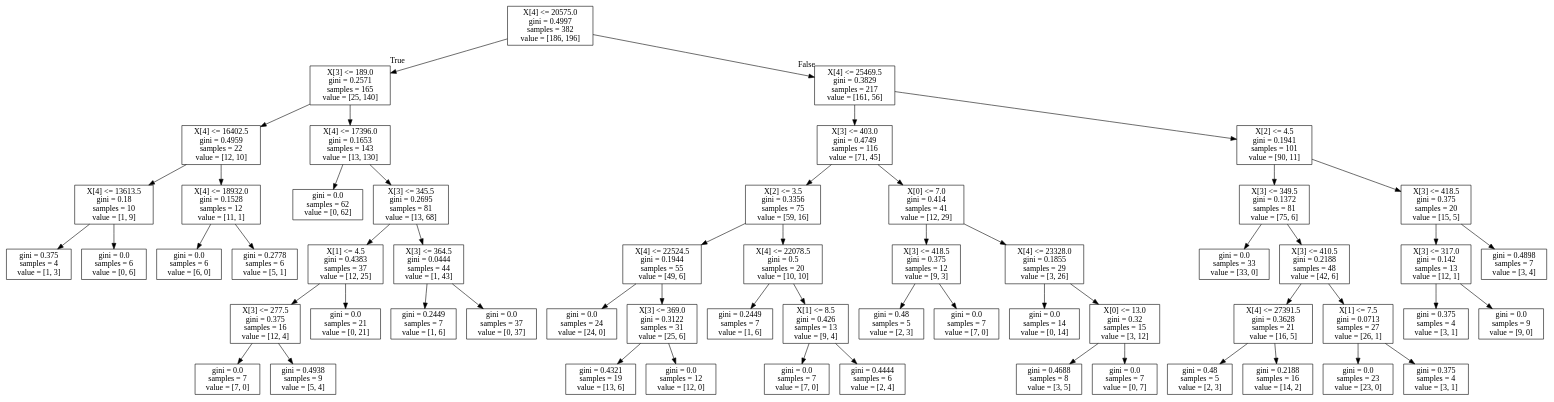
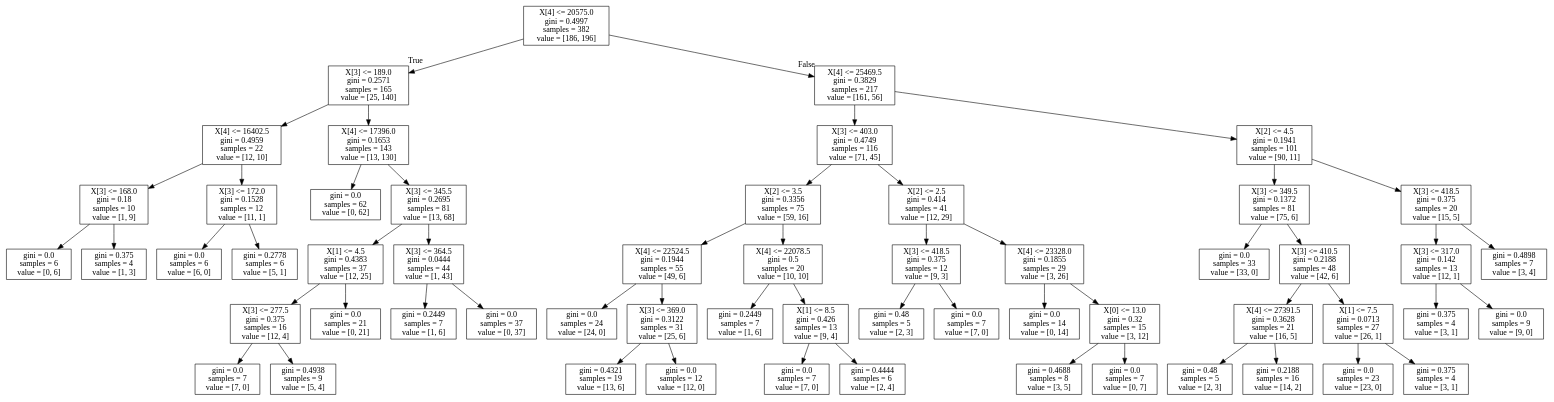
The diagram in NaoDecisionTree.dot (cmcollander/NaoLego), drawn with Graphviz before and after one commit. The commit also changed 2 other files, not shown here.

```diff
--- a/NaoDecisionTree.dot
+++ b/NaoDecisionTree.dot
@@ -1,116 +1,116 @@
 digraph Tree {
 node [shape=box] ;
 0 [label="X[4] <= 20575.0\ngini = 0.4997\nsamples = 382\nvalue = [186, 196]"] ;
 1 [label="X[3] <= 189.0\ngini = 0.2571\nsamples = 165\nvalue = [25, 140]"] ;
 0 -> 1 [labeldistance=2.5, labelangle=45, headlabel="True"] ;
 2 [label="X[4] <= 16402.5\ngini = 0.4959\nsamples = 22\nvalue = [12, 10]"] ;
 1 -> 2 ;
-3 [label="X[4] <= 13613.5\ngini = 0.18\nsamples = 10\nvalue = [1, 9]"] ;
+3 [label="X[3] <= 168.0\ngini = 0.18\nsamples = 10\nvalue = [1, 9]"] ;
 2 -> 3 ;
-4 [label="gini = 0.375\nsamples = 4\nvalue = [1, 3]"] ;
+4 [label="gini = 0.0\nsamples = 6\nvalue = [0, 6]"] ;
 3 -> 4 ;
-5 [label="gini = 0.0\nsamples = 6\nvalue = [0, 6]"] ;
+5 [label="gini = 0.375\nsamples = 4\nvalue = [1, 3]"] ;
 3 -> 5 ;
-6 [label="X[4] <= 18932.0\ngini = 0.1528\nsamples = 12\nvalue = [11, 1]"] ;
+6 [label="X[3] <= 172.0\ngini = 0.1528\nsamples = 12\nvalue = [11, 1]"] ;
 2 -> 6 ;
 7 [label="gini = 0.0\nsamples = 6\nvalue = [6, 0]"] ;
 6 -> 7 ;
 8 [label="gini = 0.2778\nsamples = 6\nvalue = [5, 1]"] ;
 6 -> 8 ;
 9 [label="X[4] <= 17396.0\ngini = 0.1653\nsamples = 143\nvalue = [13, 130]"] ;
 1 -> 9 ;
 10 [label="gini = 0.0\nsamples = 62\nvalue = [0, 62]"] ;
 9 -> 10 ;
 11 [label="X[3] <= 345.5\ngini = 0.2695\nsamples = 81\nvalue = [13, 68]"] ;
 9 -> 11 ;
 12 [label="X[1] <= 4.5\ngini = 0.4383\nsamples = 37\nvalue = [12, 25]"] ;
 11 -> 12 ;
 13 [label="X[3] <= 277.5\ngini = 0.375\nsamples = 16\nvalue = [12, 4]"] ;
 12 -> 13 ;
 14 [label="gini = 0.0\nsamples = 7\nvalue = [7, 0]"] ;
 13 -> 14 ;
 15 [label="gini = 0.4938\nsamples = 9\nvalue = [5, 4]"] ;
 13 -> 15 ;
 16 [label="gini = 0.0\nsamples = 21\nvalue = [0, 21]"] ;
 12 -> 16 ;
 17 [label="X[3] <= 364.5\ngini = 0.0444\nsamples = 44\nvalue = [1, 43]"] ;
 11 -> 17 ;
 18 [label="gini = 0.2449\nsamples = 7\nvalue = [1, 6]"] ;
 17 -> 18 ;
 19 [label="gini = 0.0\nsamples = 37\nvalue = [0, 37]"] ;
 17 -> 19 ;
 20 [label="X[4] <= 25469.5\ngini = 0.3829\nsamples = 217\nvalue = [161, 56]"] ;
 0 -> 20 [labeldistance=2.5, labelangle=-45, headlabel="False"] ;
 21 [label="X[3] <= 403.0\ngini = 0.4749\nsamples = 116\nvalue = [71, 45]"] ;
 20 -> 21 ;
 22 [label="X[2] <= 3.5\ngini = 0.3356\nsamples = 75\nvalue = [59, 16]"] ;
 21 -> 22 ;
 23 [label="X[4] <= 22524.5\ngini = 0.1944\nsamples = 55\nvalue = [49, 6]"] ;
 22 -> 23 ;
 24 [label="gini = 0.0\nsamples = 24\nvalue = [24, 0]"] ;
 23 -> 24 ;
 25 [label="X[3] <= 369.0\ngini = 0.3122\nsamples = 31\nvalue = [25, 6]"] ;
 23 -> 25 ;
 26 [label="gini = 0.4321\nsamples = 19\nvalue = [13, 6]"] ;
 25 -> 26 ;
 27 [label="gini = 0.0\nsamples = 12\nvalue = [12, 0]"] ;
 25 -> 27 ;
 28 [label="X[4] <= 22078.5\ngini = 0.5\nsamples = 20\nvalue = [10, 10]"] ;
 22 -> 28 ;
 29 [label="gini = 0.2449\nsamples = 7\nvalue = [1, 6]"] ;
 28 -> 29 ;
 30 [label="X[1] <= 8.5\ngini = 0.426\nsamples = 13\nvalue = [9, 4]"] ;
 28 -> 30 ;
 31 [label="gini = 0.0\nsamples = 7\nvalue = [7, 0]"] ;
 30 -> 31 ;
 32 [label="gini = 0.4444\nsamples = 6\nvalue = [2, 4]"] ;
 30 -> 32 ;
-33 [label="X[0] <= 7.0\ngini = 0.414\nsamples = 41\nvalue = [12, 29]"] ;
+33 [label="X[2] <= 2.5\ngini = 0.414\nsamples = 41\nvalue = [12, 29]"] ;
 21 -> 33 ;
 34 [label="X[3] <= 418.5\ngini = 0.375\nsamples = 12\nvalue = [9, 3]"] ;
 33 -> 34 ;
 35 [label="gini = 0.48\nsamples = 5\nvalue = [2, 3]"] ;
 34 -> 35 ;
 36 [label="gini = 0.0\nsamples = 7\nvalue = [7, 0]"] ;
 34 -> 36 ;
 37 [label="X[4] <= 23328.0\ngini = 0.1855\nsamples = 29\nvalue = [3, 26]"] ;
 33 -> 37 ;
 38 [label="gini = 0.0\nsamples = 14\nvalue = [0, 14]"] ;
 37 -> 38 ;
 39 [label="X[0] <= 13.0\ngini = 0.32\nsamples = 15\nvalue = [3, 12]"] ;
 37 -> 39 ;
 40 [label="gini = 0.4688\nsamples = 8\nvalue = [3, 5]"] ;
 39 -> 40 ;
 41 [label="gini = 0.0\nsamples = 7\nvalue = [0, 7]"] ;
 39 -> 41 ;
 42 [label="X[2] <= 4.5\ngini = 0.1941\nsamples = 101\nvalue = [90, 11]"] ;
 20 -> 42 ;
 43 [label="X[3] <= 349.5\ngini = 0.1372\nsamples = 81\nvalue = [75, 6]"] ;
 42 -> 43 ;
 44 [label="gini = 0.0\nsamples = 33\nvalue = [33, 0]"] ;
 43 -> 44 ;
 45 [label="X[3] <= 410.5\ngini = 0.2188\nsamples = 48\nvalue = [42, 6]"] ;
 43 -> 45 ;
 46 [label="X[4] <= 27391.5\ngini = 0.3628\nsamples = 21\nvalue = [16, 5]"] ;
 45 -> 46 ;
 47 [label="gini = 0.48\nsamples = 5\nvalue = [2, 3]"] ;
 46 -> 47 ;
 48 [label="gini = 0.2188\nsamples = 16\nvalue = [14, 2]"] ;
 46 -> 48 ;
 49 [label="X[1] <= 7.5\ngini = 0.0713\nsamples = 27\nvalue = [26, 1]"] ;
 45 -> 49 ;
 50 [label="gini = 0.0\nsamples = 23\nvalue = [23, 0]"] ;
 49 -> 50 ;
 51 [label="gini = 0.375\nsamples = 4\nvalue = [3, 1]"] ;
 49 -> 51 ;
 52 [label="X[3] <= 418.5\ngini = 0.375\nsamples = 20\nvalue = [15, 5]"] ;
 42 -> 52 ;
 53 [label="X[3] <= 317.0\ngini = 0.142\nsamples = 13\nvalue = [12, 1]"] ;
 52 -> 53 ;
 54 [label="gini = 0.375\nsamples = 4\nvalue = [3, 1]"] ;
 53 -> 54 ;
 55 [label="gini = 0.0\nsamples = 9\nvalue = [9, 0]"] ;
 53 -> 55 ;
 56 [label="gini = 0.4898\nsamples = 7\nvalue = [3, 4]"] ;
 52 -> 56 ;
 }
```
